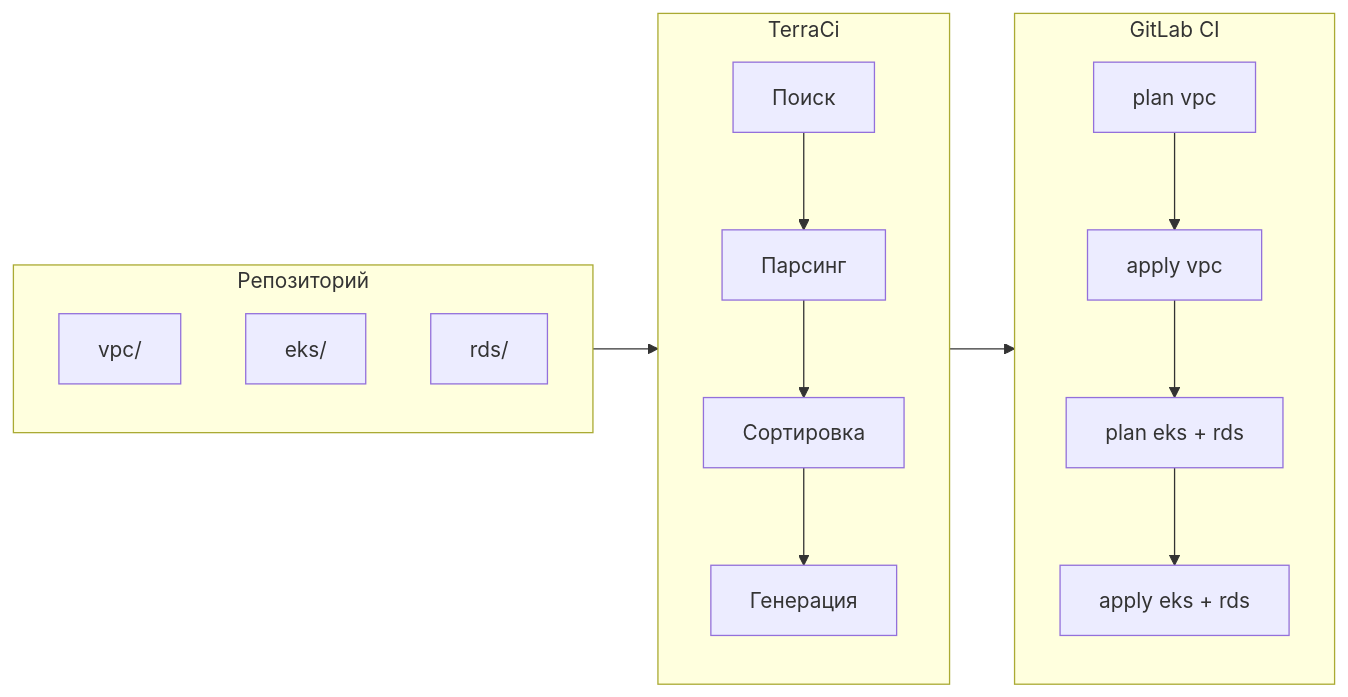
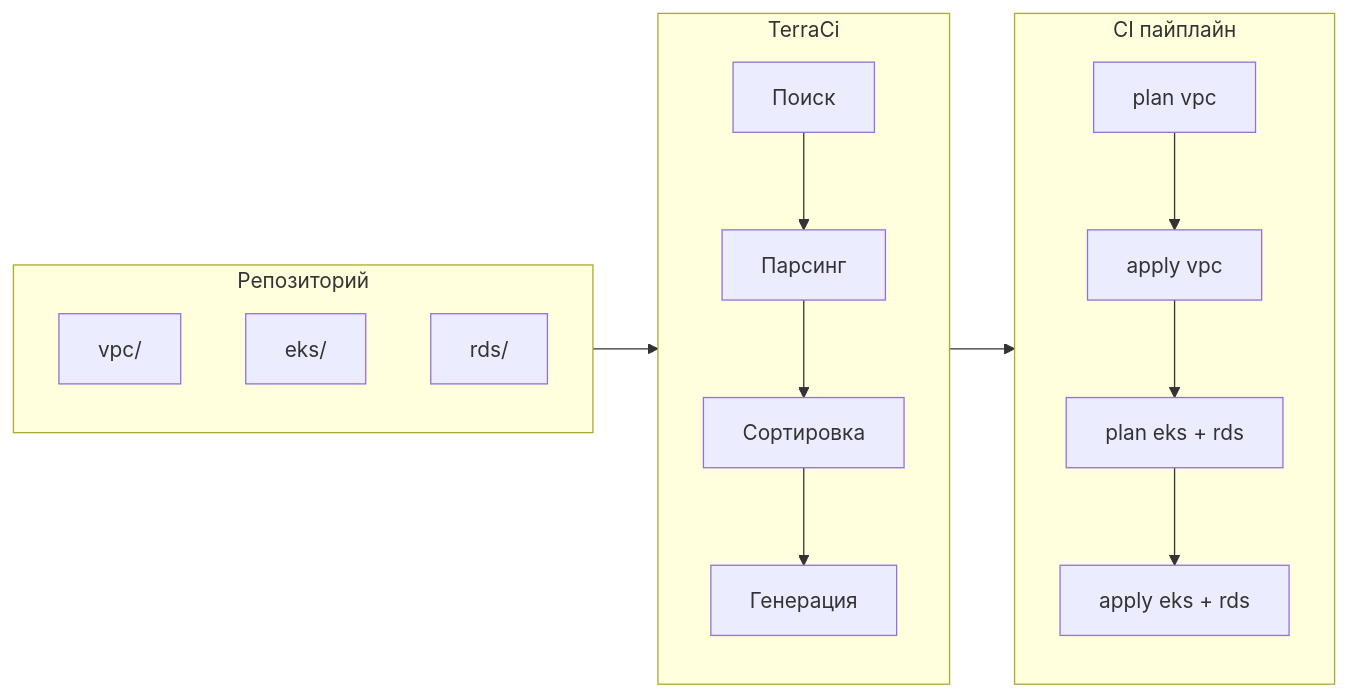
The diagram in docs/ru/index.md (edelwud/terraci), drawn with Mermaid before and after one commit. The commit also changed other lines of this file and 53 other files, not shown here.

````diff
--- a/docs/ru/index.md
+++ b/docs/ru/index.md
@@ -74,17 +78,17 @@
 ```mermaid
 flowchart LR
   subgraph repo["Репозиторий"]
     r1["vpc/"]
     r2["eks/"]
     r3["rds/"]
   end
   subgraph terraci["TerraCi"]
     t1["Поиск"] --> t2["Парсинг"] --> t3["Сортировка"] --> t4["Генерация"]
   end
-  subgraph gitlab["GitLab CI"]
+  subgraph ci["CI пайплайн"]
     g1["plan vpc"] --> g2["apply vpc"]
     g2 --> g3["plan eks + rds"]
     g3 --> g4["apply eks + rds"]
   end
-  repo --> terraci --> gitlab
+  repo --> terraci --> ci
 ```
````
